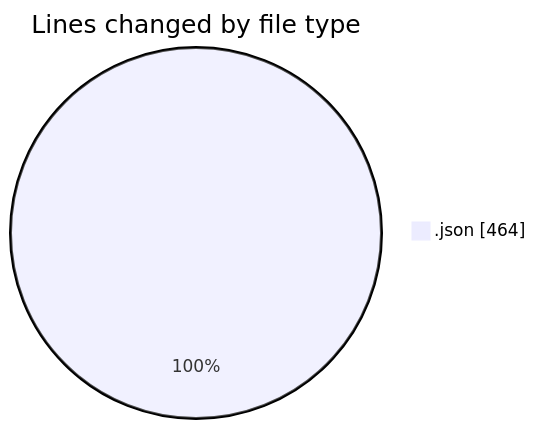
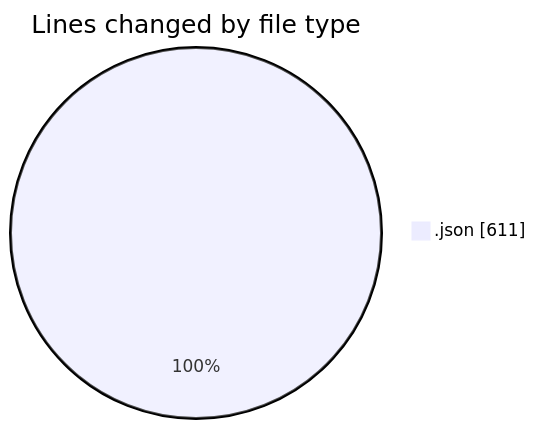
One commit to yexinjia/code-tracking changed the first of 2 diagrams in 2026-09-27/repo-copilot/README.md. Above: the diagram before and after it, drawn with Mermaid. The commit also changed other lines of this file and 1 other file, not shown here.

````diff
--- a/2026-09-27/repo-copilot/README.md
+++ b/2026-09-27/repo-copilot/README.md
@@ -20,5 +21,5 @@
 ```mermaid
 pie showData
 title Lines changed by file type
-".json" : 464
+".json" : 611
 ```
````
